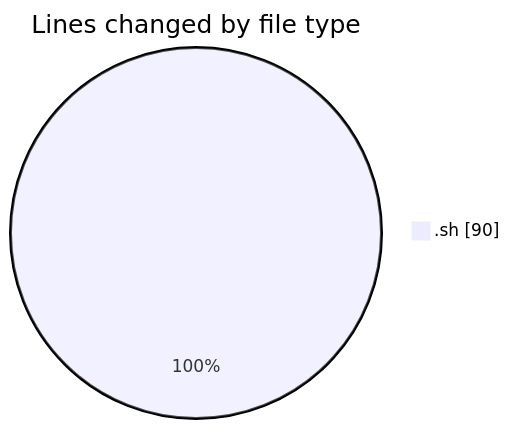
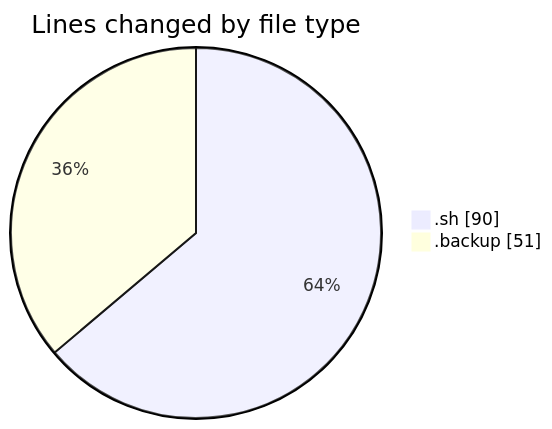
Before and after one commit to ricardozamudiocil/code-tracking: the first of 2 diagrams in 2026-11-17/scripts/README.md, drawn with Mermaid. The commit also changed other lines of this file and 1 other file, not shown here.

````diff
--- a/2026-11-17/scripts/README.md
+++ b/2026-11-17/scripts/README.md
@@ -20,5 +21,6 @@
 ```mermaid
 pie showData
 title Lines changed by file type
 ".sh" : 90
+".backup" : 51
 ```
````
